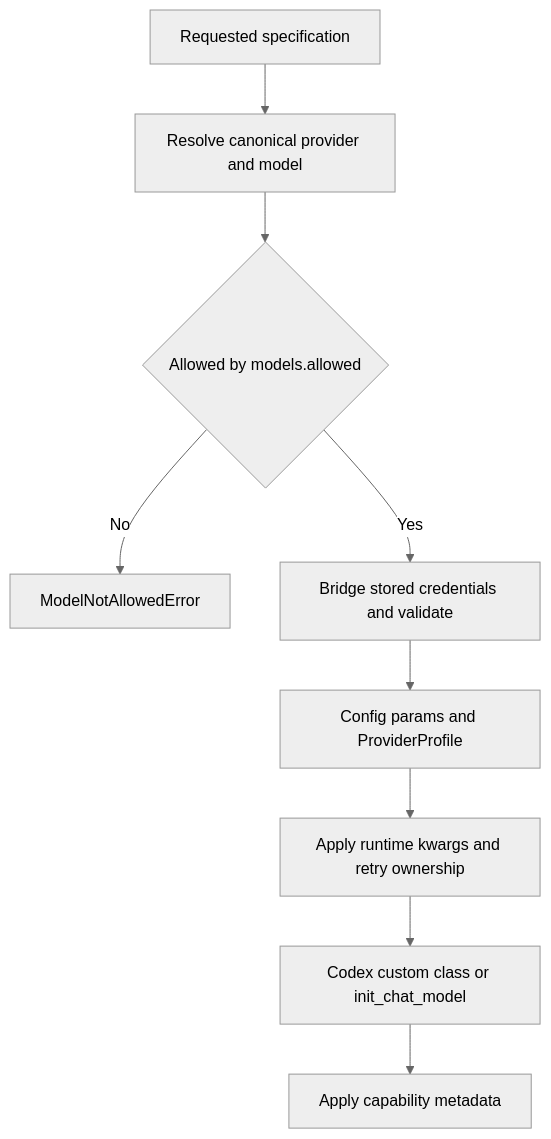
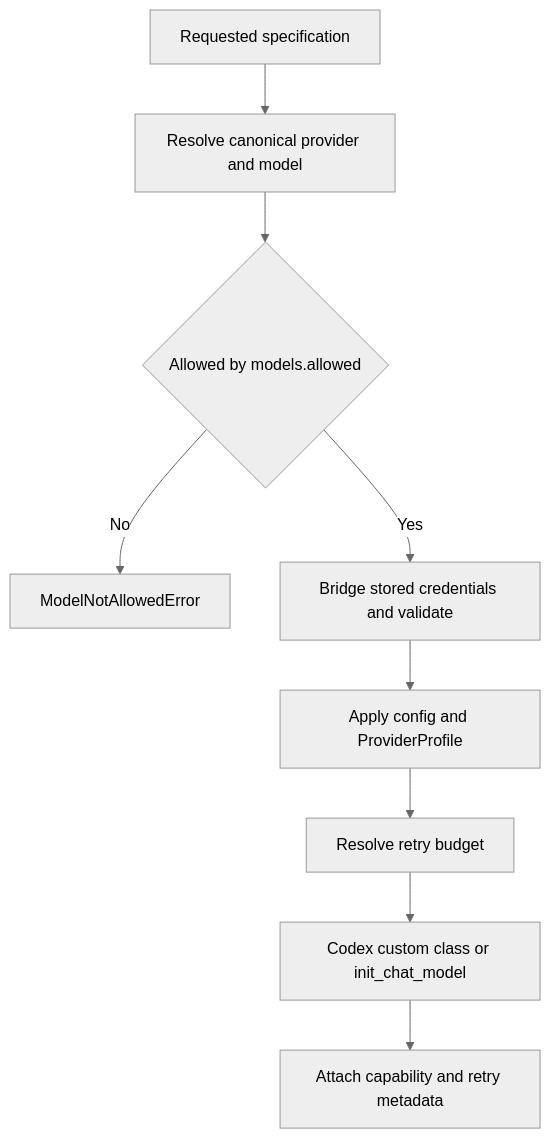
One commit to langchain-ai/deepagents changed the second of 2 diagrams in openwiki/concepts/profiles-models.md. Above: the diagram before and after it, drawn with Mermaid (neutral theme). The commit also changed other lines of this file and 26 other files, not shown here.

````diff
--- a/openwiki/concepts/profiles-models.md
+++ b/openwiki/concepts/profiles-models.md
@@ -89,11 +91,11 @@
 ```mermaid
 flowchart TD
     Requested["Requested specification"] --> Canonical["Resolve canonical provider and model"]
     Canonical --> Allowed{"Allowed by models.allowed"}
     Allowed -->|No| Reject["ModelNotAllowedError"]
     Allowed -->|Yes| Credentials["Bridge stored credentials and validate"]
-    Credentials --> BuildArgs["Config params and ProviderProfile"]
-    BuildArgs --> Runtime["Apply runtime kwargs and retry ownership"]
-    Runtime --> Construct["Codex custom class or init_chat_model"]
-    Construct --> Metadata["Apply capability metadata"]
+    Credentials --> Profile["Apply config and ProviderProfile"]
+    Profile --> Retry["Resolve retry budget"]
+    Retry --> Construct["Codex custom class or init_chat_model"]
+    Construct --> Metadata["Attach capability and retry metadata"]
 ```
````
